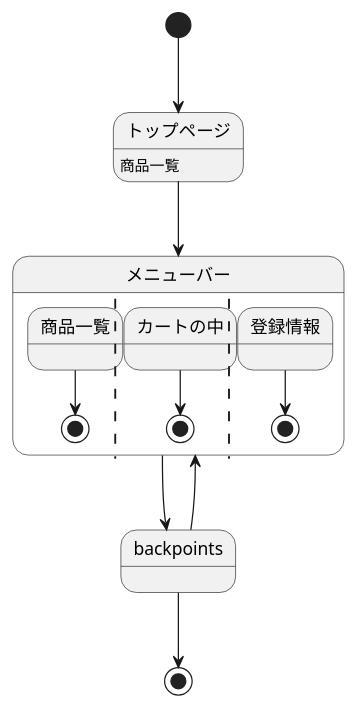
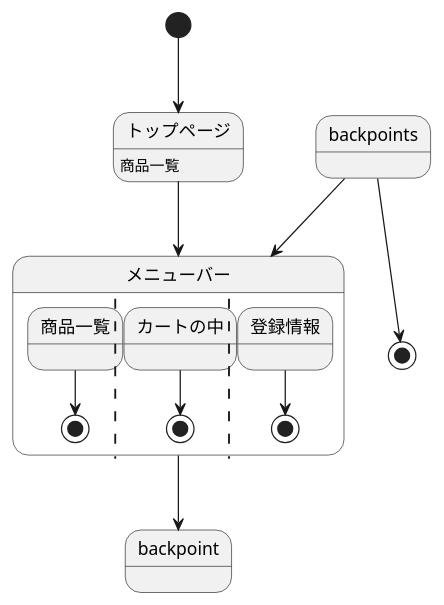
The diagram in sample/StateMachine.md (Aso2001385/2021sys-design), drawn with PlantUML before and after one commit.

````diff
--- a/sample/StateMachine.md
+++ b/sample/StateMachine.md
@@ -1,19 +1,19 @@
 ```uml
 @startuml
 
 [*] --> トップページ
 トップページ: 商品一覧
 トップページ --> メニューバー
 state メニューバー {
  商品一覧 --> [*]
  ||
  カートの中 --> [*]
  ||
  登録情報 --> [*]
 }
-メニューバー --> backpoints
+メニューバー --> backpoint
 backpoints --> メニューバー
 backpoints --> [*]
 
 @enduml
 ```
````
